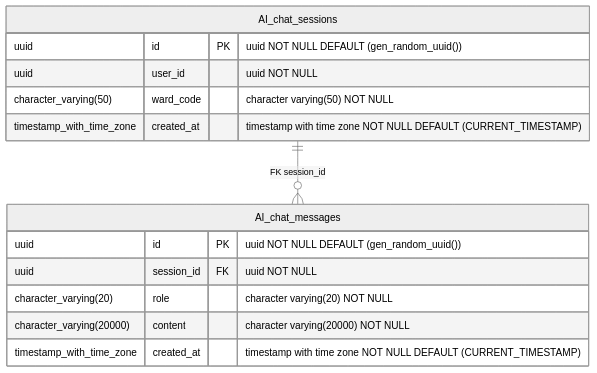
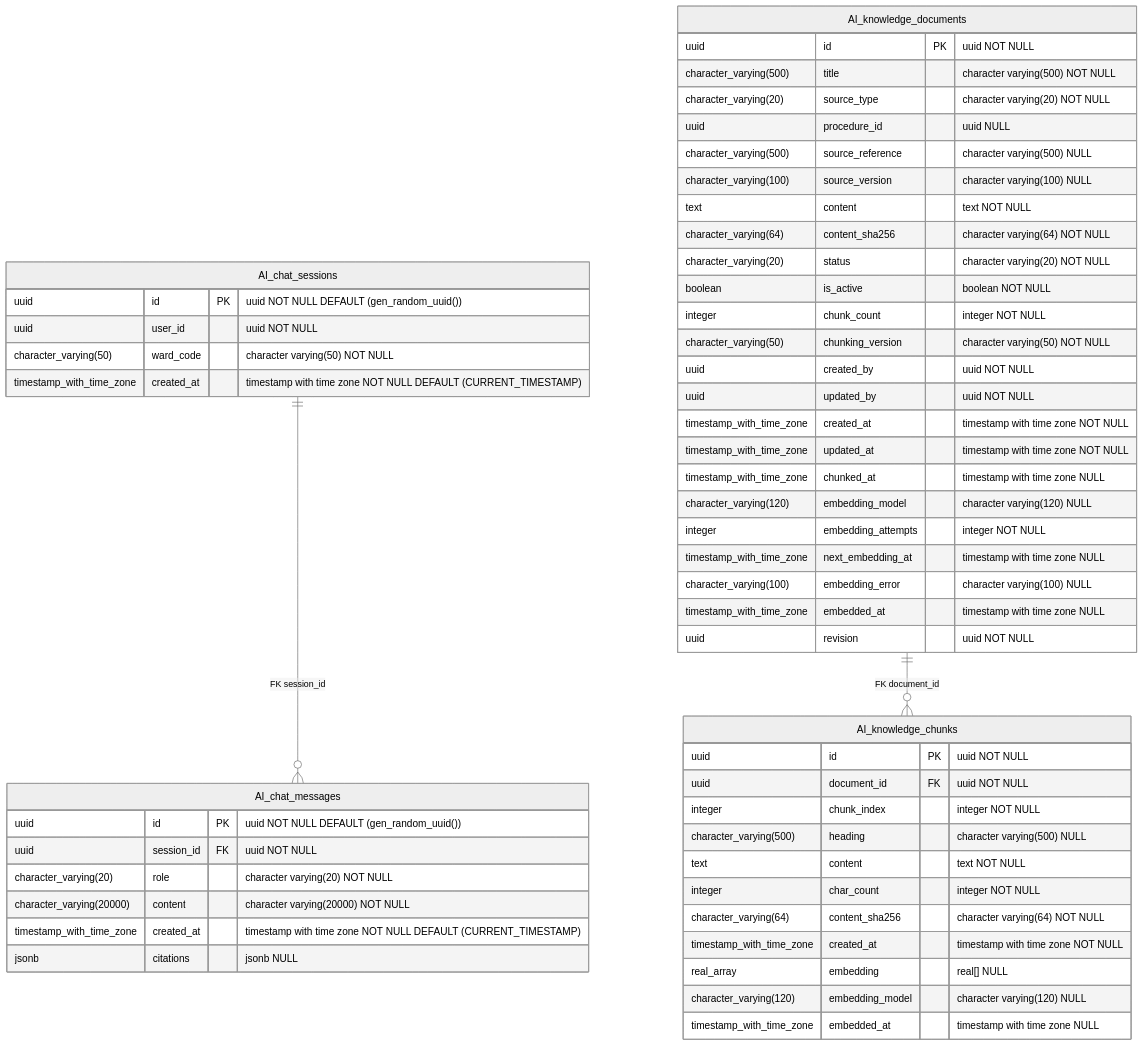
Before and after one commit to wardmate-capstone/wardmate-backend: the diagram in docs/diagrams/erd/physical-ChatDbContext.mmd, drawn with Mermaid (neutral theme). The commit also changed 20 other files, not shown here.

Commit message:
docs(erd): update diagrams and schema inventory for knowledge base and delivery audits

```diff
--- a/docs/diagrams/erd/physical-ChatDbContext.mmd
+++ b/docs/diagrams/erd/physical-ChatDbContext.mmd
@@ -1,15 +1,55 @@
 erDiagram
     AI_chat_sessions ||--o{ AI_chat_messages : "FK session_id"
+    AI_knowledge_documents ||--o{ AI_knowledge_chunks : "FK document_id"
     AI_chat_sessions {
         uuid id PK "uuid NOT NULL DEFAULT (gen_random_uuid())"
         uuid user_id "uuid NOT NULL"
         character_varying(50) ward_code "character varying(50) NOT NULL"
         timestamp_with_time_zone created_at "timestamp with time zone NOT NULL DEFAULT (CURRENT_TIMESTAMP)"
+    }
+    AI_knowledge_documents {
+        uuid id PK "uuid NOT NULL"
+        character_varying(500) title "character varying(500) NOT NULL"
+        character_varying(20) source_type "character varying(20) NOT NULL"
+        uuid procedure_id "uuid NULL"
+        character_varying(500) source_reference "character varying(500) NULL"
+        character_varying(100) source_version "character varying(100) NULL"
+        text content "text NOT NULL"
+        character_varying(64) content_sha256 "character varying(64) NOT NULL"
+        character_varying(20) status "character varying(20) NOT NULL"
+        boolean is_active "boolean NOT NULL"
+        integer chunk_count "integer NOT NULL"
+        character_varying(50) chunking_version "character varying(50) NOT NULL"
+        uuid created_by "uuid NOT NULL"
+        uuid updated_by "uuid NOT NULL"
+        timestamp_with_time_zone created_at "timestamp with time zone NOT NULL"
+        timestamp_with_time_zone updated_at "timestamp with time zone NOT NULL"
+        timestamp_with_time_zone chunked_at "timestamp with time zone NULL"
+        character_varying(120) embedding_model "character varying(120) NULL"
+        integer embedding_attempts "integer NOT NULL"
+        timestamp_with_time_zone next_embedding_at "timestamp with time zone NULL"
+        character_varying(100) embedding_error "character varying(100) NULL"
+        timestamp_with_time_zone embedded_at "timestamp with time zone NULL"
+        uuid revision "uuid NOT NULL"
     }
     AI_chat_messages {
         uuid id PK "uuid NOT NULL DEFAULT (gen_random_uuid())"
         uuid session_id FK "uuid NOT NULL"
         character_varying(20) role "character varying(20) NOT NULL"
         character_varying(20000) content "character varying(20000) NOT NULL"
         timestamp_with_time_zone created_at "timestamp with time zone NOT NULL DEFAULT (CURRENT_TIMESTAMP)"
+        jsonb citations "jsonb NULL"
     }
+    AI_knowledge_chunks {
+        uuid id PK "uuid NOT NULL"
+        uuid document_id FK "uuid NOT NULL"
+        integer chunk_index "integer NOT NULL"
+        character_varying(500) heading "character varying(500) NULL"
+        text content "text NOT NULL"
+        integer char_count "integer NOT NULL"
+        character_varying(64) content_sha256 "character varying(64) NOT NULL"
+        timestamp_with_time_zone created_at "timestamp with time zone NOT NULL"
+        real_array embedding "real[] NULL"
+        character_varying(120) embedding_model "character varying(120) NULL"
+        timestamp_with_time_zone embedded_at "timestamp with time zone NULL"
+    }
```
